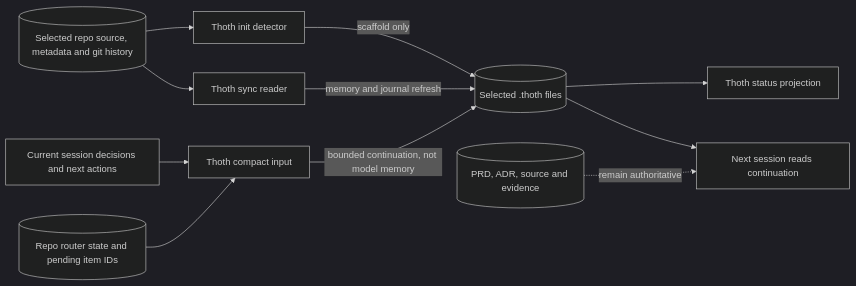
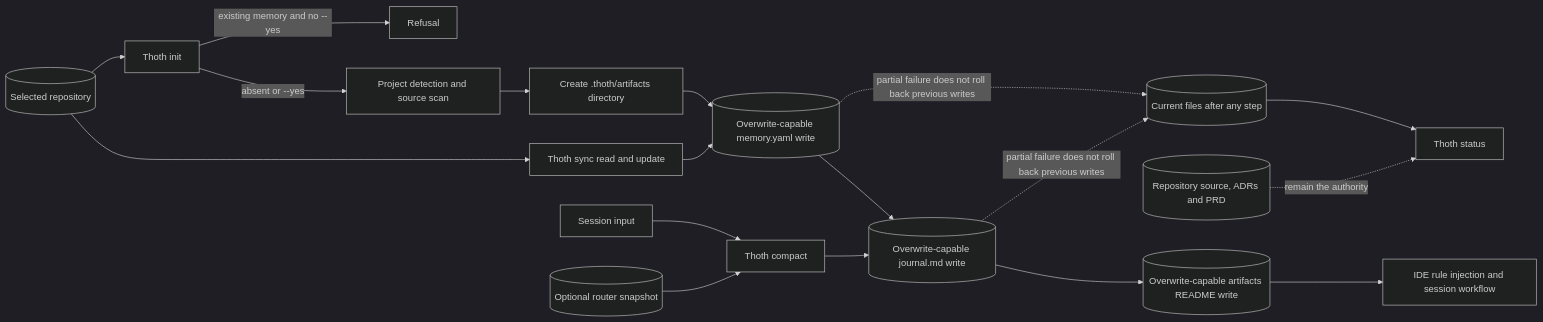
Before and after one commit to SirsiMaster/sirsi-pantheon: diagram 21 of 45 in docs/stacklab/pantheon-pt/canon/DIAGRAMS_PRODUCT_OPERATIONS.md, drawn with Mermaid (dark theme). The commit also changed other lines of this file and 2 other files, not shown here.

Commit message:
docs(stacklab): align workflow diagrams with actual effects and recovery

````diff
--- a/docs/stacklab/pantheon-pt/canon/DIAGRAMS_PRODUCT_OPERATIONS.md
+++ b/docs/stacklab/pantheon-pt/canon/DIAGRAMS_PRODUCT_OPERATIONS.md
@@ -557,13 +593,20 @@
 ```mermaid
 flowchart LR
-  REPO[(Selected repo source, metadata and git history)] --> INIT[Thoth init detector]
-  REPO --> SYNC[Thoth sync reader]
-  SESSION[Current session decisions and next actions] --> COMPACT[Thoth compact input]
-  ROUTER[(Repo router state and pending item IDs)] --> COMPACT
-  INIT -->|scaffold only| FILES[(Selected .thoth files)]
-  SYNC -->|memory and journal refresh| FILES
-  COMPACT -->|bounded continuation, not model memory| FILES
-  FILES --> STATUS[Thoth status projection]
-  FILES --> CONT[Next session reads continuation]
-  CANON[(PRD, ADR, source and evidence)] -. remain authoritative .-> CONT
+  REPO[(Selected repository)] --> INIT[Thoth init]
+  INIT -->|existing memory and no --yes| STOP[Refusal]
+  INIT -->|absent or --yes| DETECT[Project detection and source scan]
+  DETECT --> ART[Create .thoth/artifacts directory]
+  ART --> MEM[(Overwrite-capable memory.yaml write)]
+  MEM --> JOURNAL[(Overwrite-capable journal.md write)]
+  JOURNAL --> README[(Overwrite-capable artifacts README write)]
+  README --> IDE[IDE rule injection and session workflow]
+  REPO --> SYNC[Thoth sync read and update]
+  SESSION[Session input] --> COMPACT[Thoth compact]
+  ROUTER[(Optional router snapshot)] --> COMPACT
+  SYNC --> MEM
+  COMPACT --> JOURNAL
+  FILES[(Current files after any step)] --> STATUS[Thoth status]
+  MEM -. partial failure does not roll back previous writes .-> FILES
+  JOURNAL -. partial failure does not roll back previous writes .-> FILES
+  CANON[(Repository source, ADRs and PRD)] -. remain the authority .-> STATUS
 ```
````
